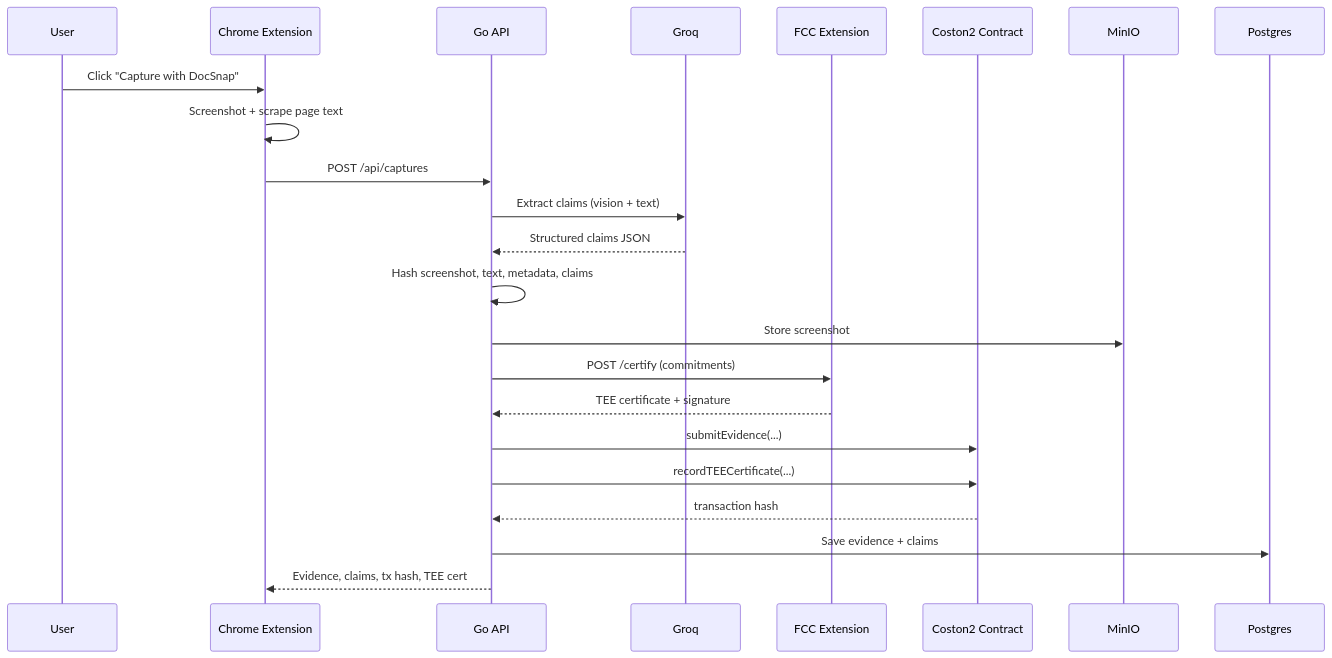
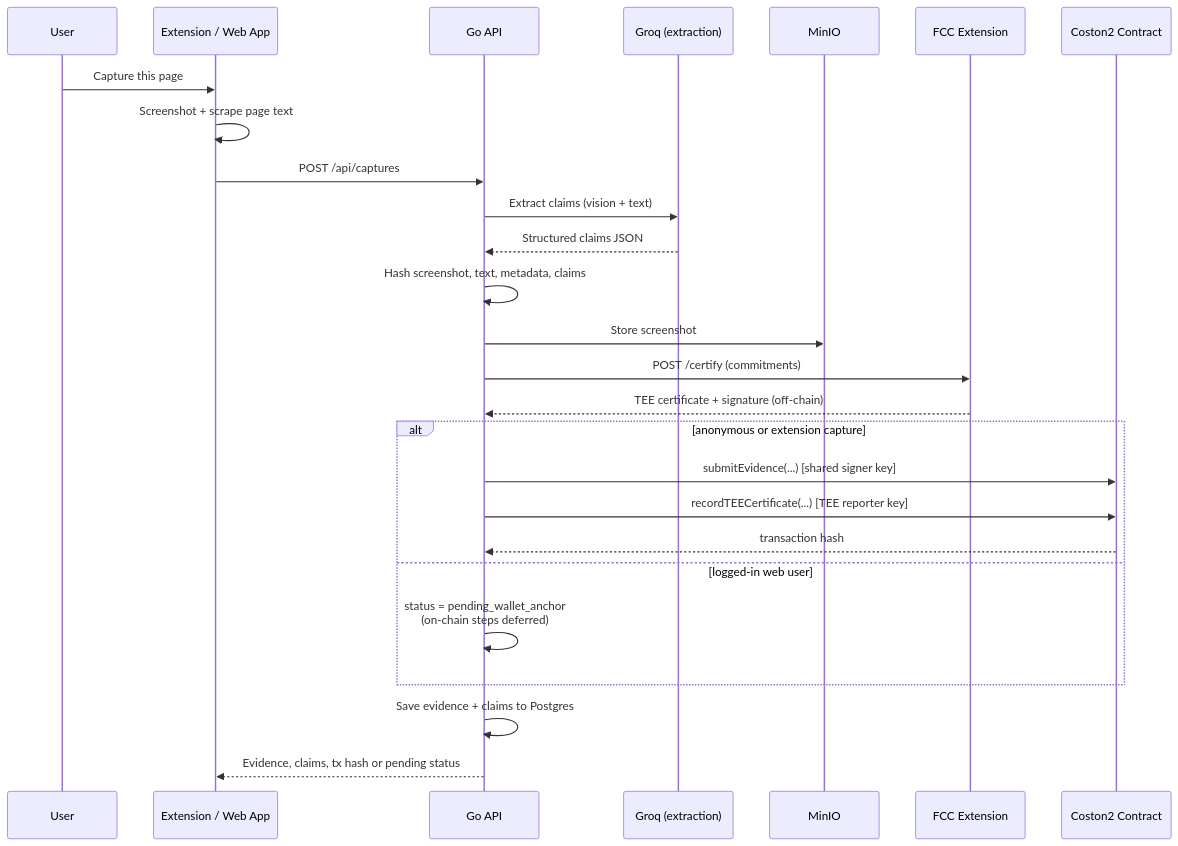
One commit to Varun5711/docsnap changed the third of 12 diagrams in README.md. Above: the diagram before and after it, drawn with Mermaid. The commit also changed other lines of this file, not shown here.

First line of the commit message:
docs: rewrite README architecture for the full network + wallet system

````diff
--- a/README.md
+++ b/README.md
@@ -43,26 +122,29 @@
 ```mermaid
 sequenceDiagram
     participant U as User
-    participant X as Chrome Extension
+    participant X as Extension / Web App
     participant A as Go API
-    participant G as Groq
+    participant G as Groq (extraction)
+    participant S as MinIO
     participant T as FCC Extension
     participant F as Coston2 Contract
-    participant S as MinIO
-    participant P as Postgres
 
-    U->>X: Click "Capture with DocSnap"
+    U->>X: Capture this page
     X->>X: Screenshot + scrape page text
     X->>A: POST /api/captures
     A->>G: Extract claims (vision + text)
     G-->>A: Structured claims JSON
     A->>A: Hash screenshot, text, metadata, claims
     A->>S: Store screenshot
     A->>T: POST /certify (commitments)
-    T-->>A: TEE certificate + signature
-    A->>F: submitEvidence(...)
-    A->>F: recordTEECertificate(...)
-    F-->>A: transaction hash
-    A->>P: Save evidence + claims
-    A-->>X: Evidence, claims, tx hash, TEE cert
+    T-->>A: TEE certificate + signature (off-chain)
+    alt anonymous or extension capture
+        A->>F: submitEvidence(...) [shared signer key]
+        A->>F: recordTEECertificate(...) [TEE reporter key]
+        F-->>A: transaction hash
+    else logged-in web user
+        A->>A: status = pending_wallet_anchor<br/>(on-chain steps deferred)
+    end
+    A->>A: Save evidence + claims to Postgres
+    A-->>X: Evidence, claims, tx hash or pending status
 ```
````
